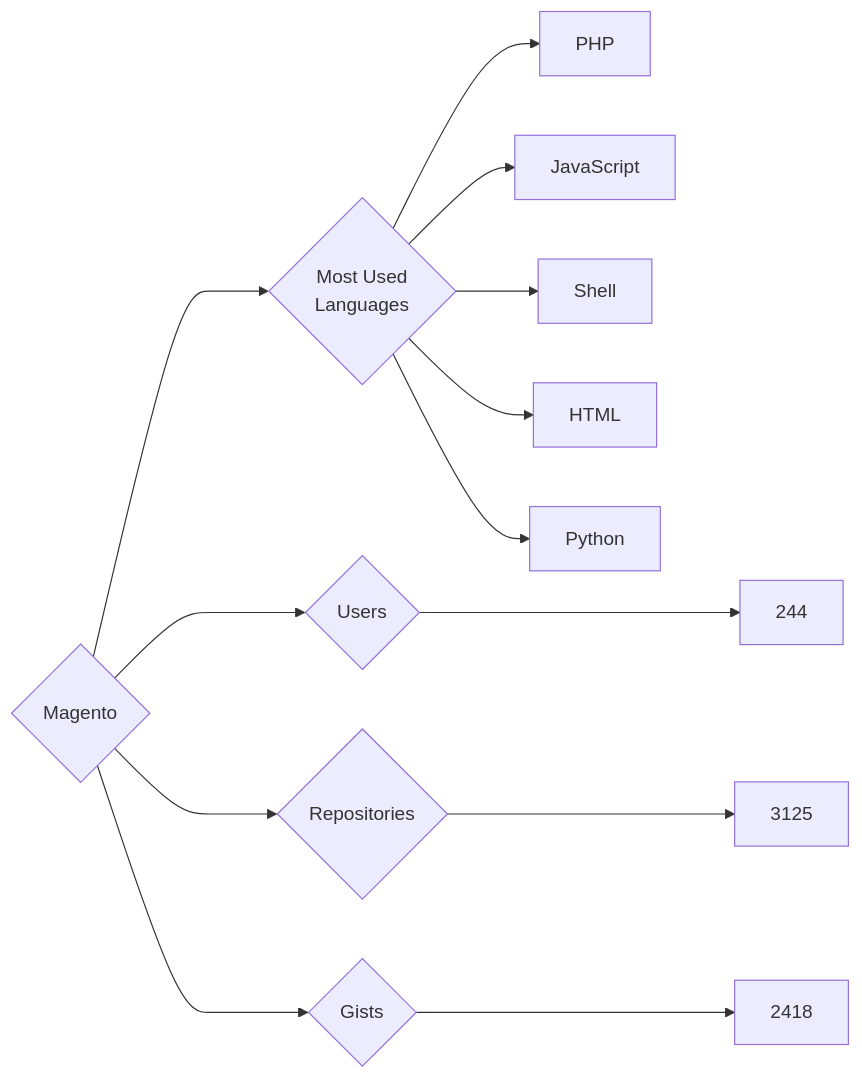
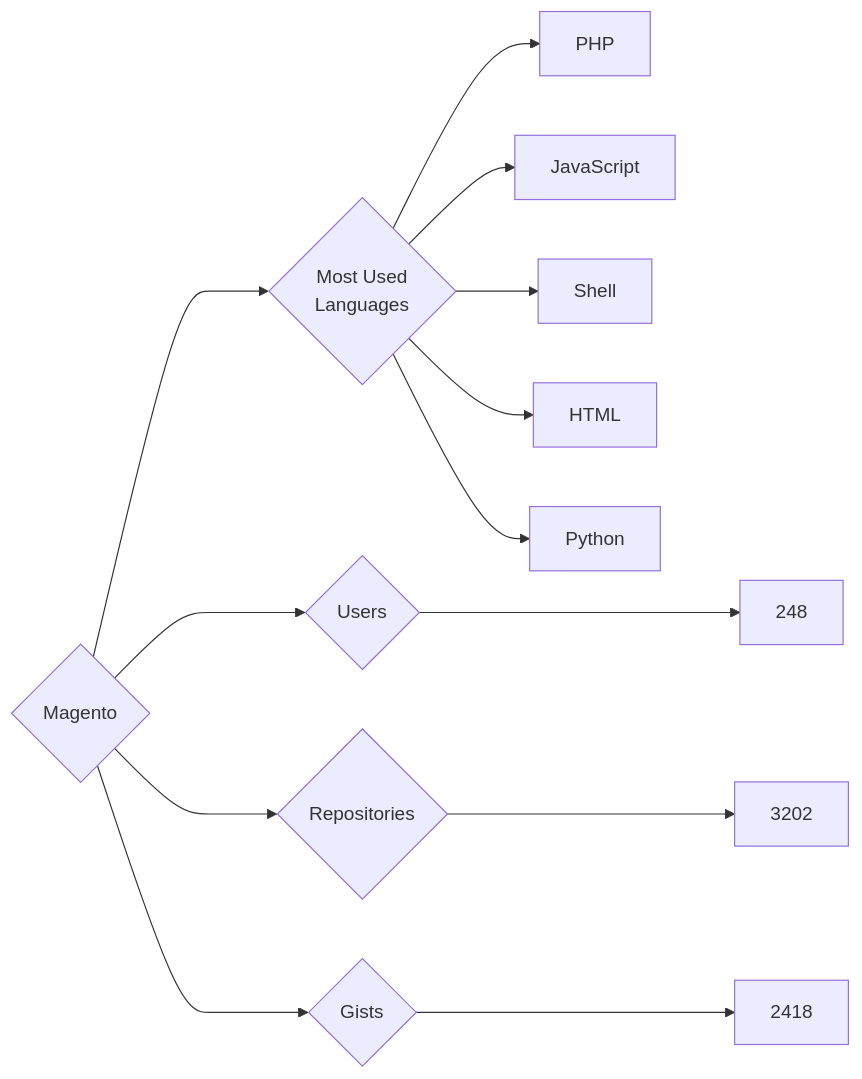
One commit to trickest/insiders changed the diagram in targets/Magento/README.md. Above: the diagram before and after it, drawn with Mermaid. The commit also changed 916 other files, not shown here.

````diff
--- a/targets/Magento/README.md
+++ b/targets/Magento/README.md
@@ -3,13 +3,13 @@
 ```mermaid
 graph LR
 COMPANY_NAME{Magento}
-COMPANY_NAME ---> U{Users} ---> UN[244]
-COMPANY_NAME ---> R{Repositories} ---> RN[3125]
+COMPANY_NAME ---> U{Users} ---> UN[248]
+COMPANY_NAME ---> R{Repositories} ---> RN[3202]
 COMPANY_NAME ---> G{Gists} ---> GN[2418]
 COMPANY_NAME ---> ML{Most Used<br>Languages}
 ML --> PHP[PHP]
 ML --> JavaScript[JavaScript]
 ML --> Shell[Shell]
 ML --> HTML[HTML]
 ML --> Python[Python]
 ```
````
